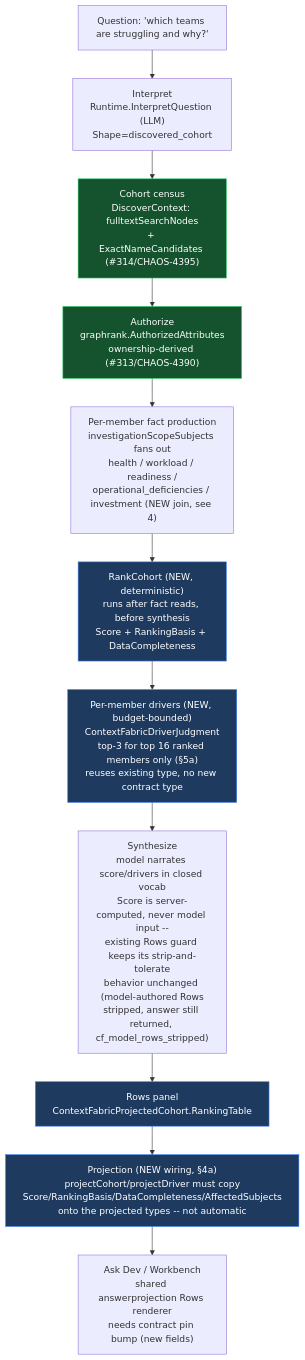
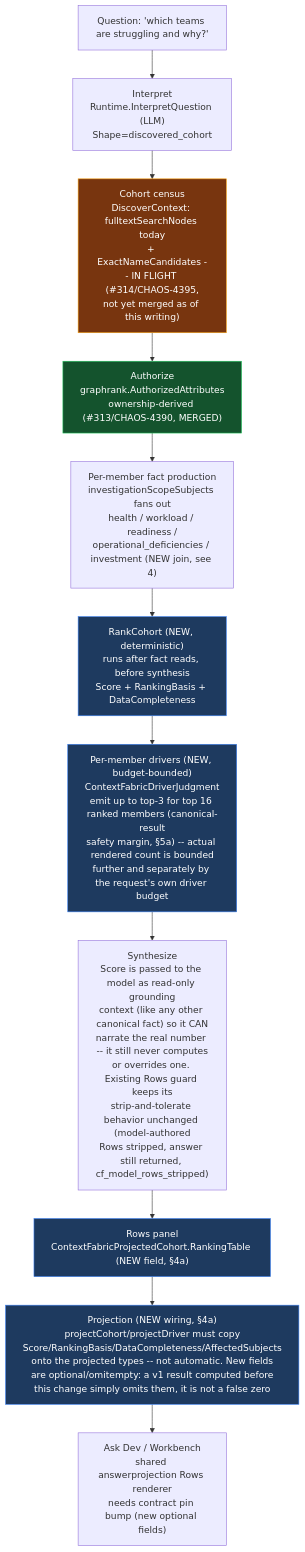
Before and after one commit to full-chaos/dev-health-acr: the first of 2 diagrams in docs/design/context-fabric-subject-model-and-cohort-answers.md, drawn with Mermaid. The commit also changed other lines of this file, not shown here.

Commit message:
docs: fix cohort design round 2 per codex (deficiency zero-vs-missing, two-tier driver budget, score-narration contradiction, v1 optionality, RankingTable definition, census in-flight status)

````diff
--- a/docs/design/context-fabric-subject-model-and-cohort-answers.md
+++ b/docs/design/context-fabric-subject-model-and-cohort-answers.md
@@ -99,19 +99,20 @@
 ```mermaid
 flowchart TD
   Q["Question: 'which teams are struggling and why?'"] --> INTERPRET["Interpret<br/>Runtime.InterpretQuestion (LLM)<br/>Shape=discovered_cohort"]
-  INTERPRET --> CENSUS["Cohort census<br/>DiscoverContext: fulltextSearchNodes<br/>+ ExactNameCandidates (#314/CHAOS-4395)"]
-  CENSUS --> AUTHZ["Authorize<br/>graphrank.AuthorizedAttributes<br/>ownership-derived (#313/CHAOS-4390)"]
+  INTERPRET --> CENSUS["Cohort census<br/>DiscoverContext: fulltextSearchNodes today<br/>+ ExactNameCandidates -- IN FLIGHT (#314/CHAOS-4395,<br/>not yet merged as of this writing)"]
+  CENSUS --> AUTHZ["Authorize<br/>graphrank.AuthorizedAttributes<br/>ownership-derived (#313/CHAOS-4390, MERGED)"]
   AUTHZ --> FACTS["Per-member fact production<br/>investigationScopeSubjects fans out<br/>health / workload / readiness /<br/>operational_deficiencies / investment (NEW join, see 4)"]
   FACTS --> RANK["RankCohort (NEW, deterministic)<br/>runs after fact reads, before synthesis<br/>Score + RankingBasis + DataCompleteness"]
-  RANK --> DRIVERS["Per-member drivers (NEW, budget-bounded)<br/>ContextFabricDriverJudgment<br/>top-3 for top 16 ranked members only (§5a)<br/>reuses existing type, no new contract type"]
-  DRIVERS --> SYNTH["Synthesize<br/>model narrates score/drivers in closed vocab<br/>Score is server-computed, never model input --<br/>existing Rows guard keeps its strip-and-tolerate<br/>behavior unchanged (model-authored Rows<br/>stripped, answer still returned, cf_model_rows_stripped)"]
-  SYNTH --> ROWS["Rows panel<br/>ContextFabricProjectedCohort.RankingTable"]
-  ROWS --> PROJECT["Projection (NEW wiring, §4a)<br/>projectCohort/projectDriver must copy<br/>Score/RankingBasis/DataCompleteness/AffectedSubjects<br/>onto the projected types -- not automatic"]
-  PROJECT --> ASKDEV["Ask Dev / Workbench<br/>shared answerprojection Rows renderer<br/>needs contract pin bump (new fields)"]
+  RANK --> DRIVERS["Per-member drivers (NEW, budget-bounded)<br/>ContextFabricDriverJudgment<br/>emit up to top-3 for top 16 ranked members (canonical-result<br/>safety margin, §5a) -- actual rendered count is bounded<br/>further and separately by the request's own driver budget"]
+  DRIVERS --> SYNTH["Synthesize<br/>Score is passed to the model as read-only grounding<br/>context (like any other canonical fact) so it CAN<br/>narrate the real number -- it still never computes<br/>or overrides one. Existing Rows guard keeps its<br/>strip-and-tolerate behavior unchanged (model-authored<br/>Rows stripped, answer still returned, cf_model_rows_stripped)"]
+  SYNTH --> ROWS["Rows panel<br/>ContextFabricProjectedCohort.RankingTable (NEW field, §4a)"]
+  ROWS --> PROJECT["Projection (NEW wiring, §4a)<br/>projectCohort/projectDriver must copy<br/>Score/RankingBasis/DataCompleteness/AffectedSubjects<br/>onto the projected types -- not automatic. New fields<br/>are optional/omitempty: a v1 result computed before<br/>this change simply omits them, it is not a false zero"]
+  PROJECT --> ASKDEV["Ask Dev / Workbench<br/>shared answerprojection Rows renderer<br/>needs contract pin bump (new optional fields)"]
 
   classDef gap fill:#78350f,stroke:#f59e0b,color:#ffffff
   classDef fixed fill:#14532d,stroke:#22c55e,color:#ffffff
   classDef newnode fill:#1e3a5f,stroke:#3b82f6,color:#ffffff
-  class CENSUS,AUTHZ fixed
+  class CENSUS gap
+  class AUTHZ fixed
   class RANK,DRIVERS,ROWS,PROJECT newnode
 ```
````
